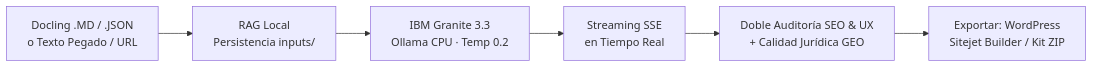
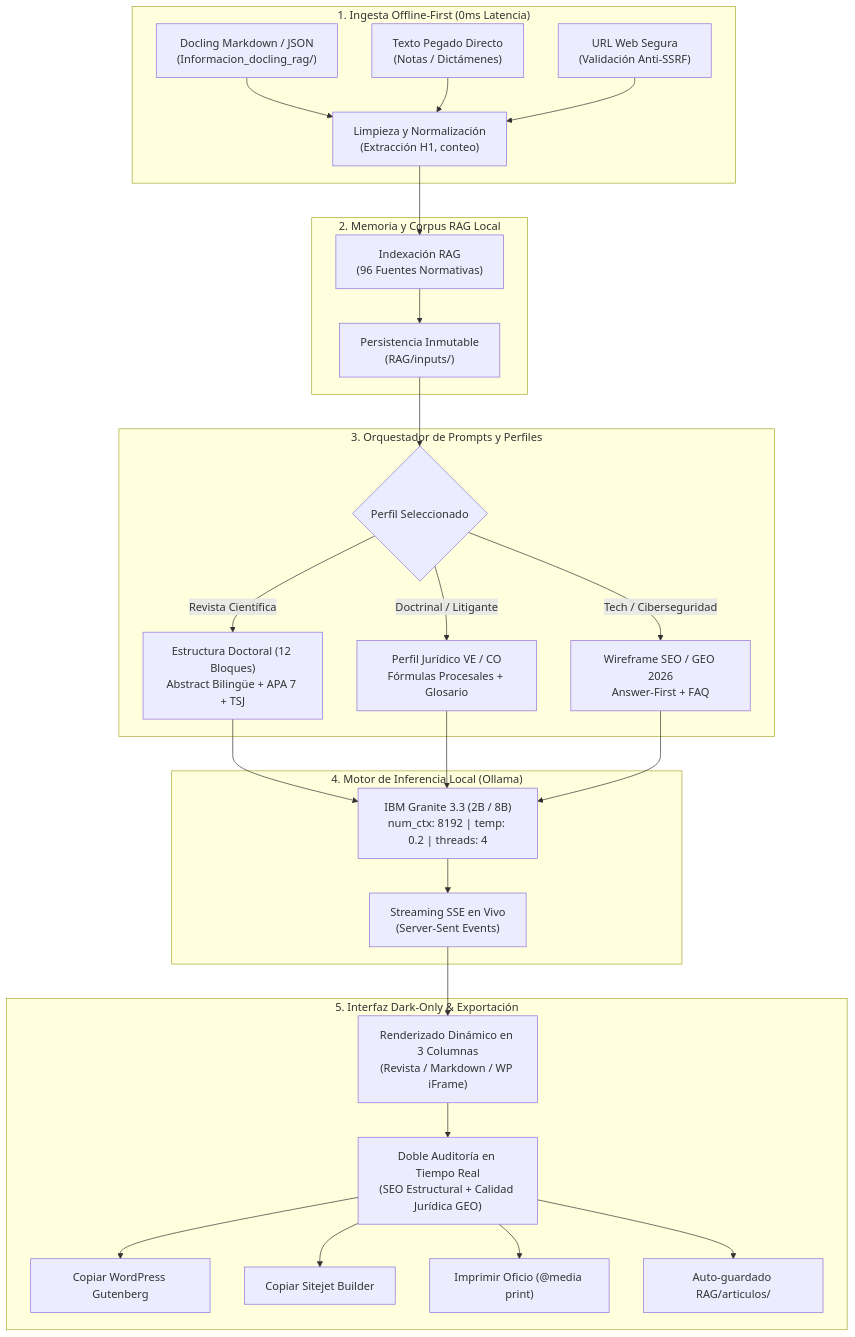
The diagram in README.md (julljoll/JullEditor), drawn with Mermaid before and after one commit. The commit also changed other lines of this file and 29 other files, not shown here.

````diff
--- a/README.md
+++ b/README.md
@@ -39,8 +58,36 @@
 ```mermaid
-graph LR
-    A[Docling .MD / .JSON<br/>o Texto Pegado / URL] --> B[RAG Local<br/>Persistencia inputs/]
-    B --> C[IBM Granite 3.3<br/>Ollama CPU · Temp 0.2]
-    C --> D[Streaming SSE<br/>en Tiempo Real]
-    D --> E[Doble Auditoría SEO & UX<br/>+ Calidad Jurídica GEO]
-    E --> F[Exportar: WordPress<br/>Sitejet Builder / Kit ZIP]
+flowchart TD
+    subgraph INGESTA["1. Ingesta Offline-First (0ms Latencia)"]
+        A1["Docling Markdown / JSON<br/>(Informacion_docling_rag/)"] --> B["Limpieza y Normalización<br/>(Extracción H1, conteo)"]
+        A2["Texto Pegado Directo<br/>(Notas / Dictámenes)"] --> B
+        A3["URL Web Segura<br/>(Validación Anti-SSRF)"] --> B
+    end
+
+    subgraph RAG["2. Memoria y Corpus RAG Local"]
+        B --> C["Indexación RAG<br/>(96 Fuentes Normativas)"]
+        C --> D["Persistencia Inmutable<br/>(RAG/inputs/)"]
+    end
+
+    subgraph PROMPT["3. Orquestador de Prompts y Perfiles"]
+        D --> E{"Perfil Seleccionado"}
+        E -->|"Revista Científica"| P1["Estructura Doctoral (12 Bloques)<br/>Abstract Bilingüe + APA 7 + TSJ"]
+        E -->|"Doctrinal / Litigante"| P2["Perfil Jurídico VE / CO<br/>Fórmulas Procesales + Glosario"]
+        E -->|"Tech / Ciberseguridad"| P3["Wireframe SEO / GEO 2026<br/>Answer-First + FAQ"]
+    end
+
+    subgraph INFERENCIA["4. Motor de Inferencia Local (Ollama)"]
+        P1 --> F["IBM Granite 3.3 (2B / 8B)<br/>num_ctx: 8192 | temp: 0.2 | threads: 4"]
+        P2 --> F
+        P3 --> F
+        F --> G["Streaming SSE en Vivo<br/>(Server-Sent Events)"]
+    end
+
+    subgraph VISUALIZADOR["5. Interfaz Dark-Only & Exportación"]
+        G --> H["Renderizado Dinámico en 3 Columnas<br/>(Revista / Markdown / WP iFrame)"]
+        H --> I["Doble Auditoría en Tiempo Real<br/>(SEO Estructural + Calidad Jurídica GEO)"]
+        I --> J1["Copiar WordPress Gutenberg"]
+        I --> J2["Copiar Sitejet Builder"]
+        I --> J3["Imprimir Oficio (@media print)"]
+        I --> J4["Auto-guardado RAG/articulos/"]
+    end
 ```
````
